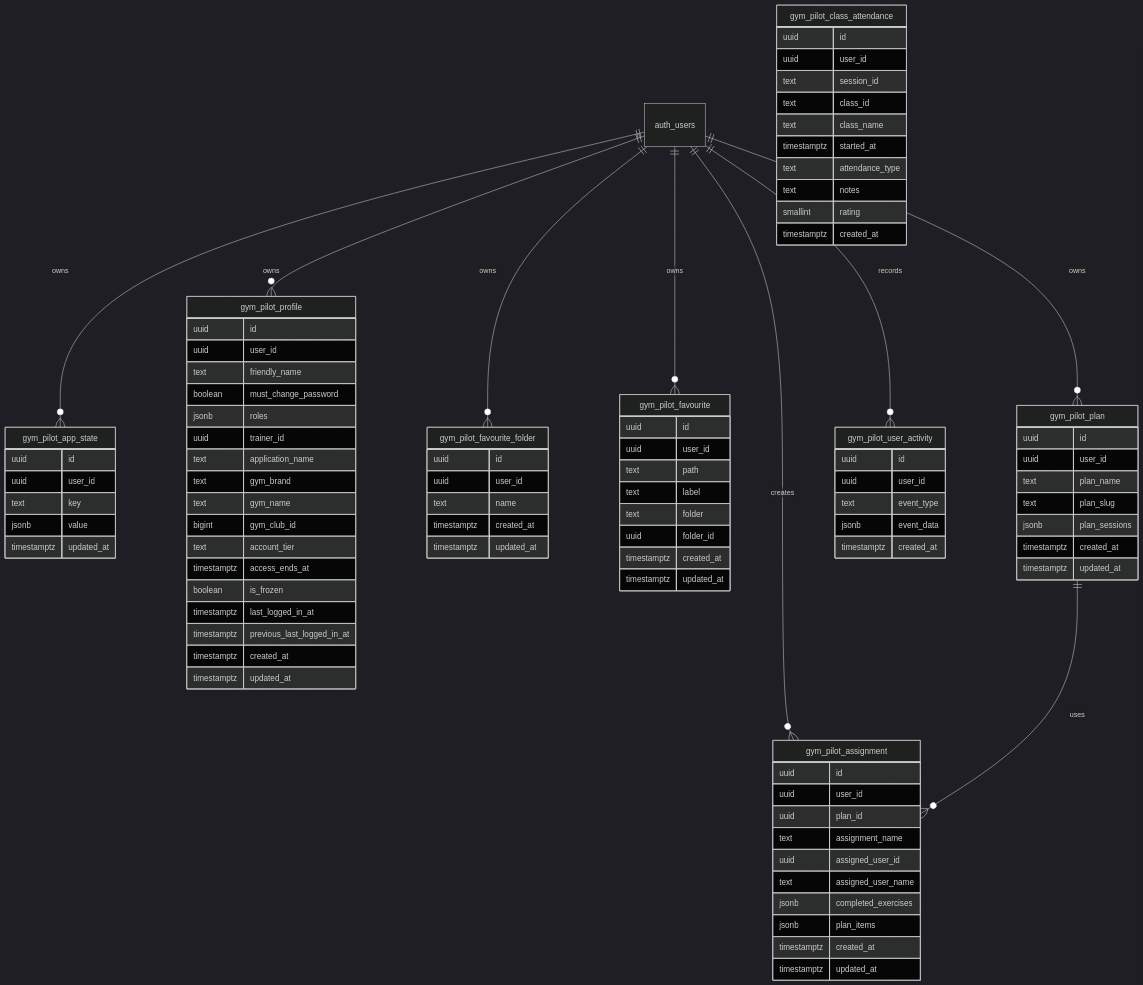
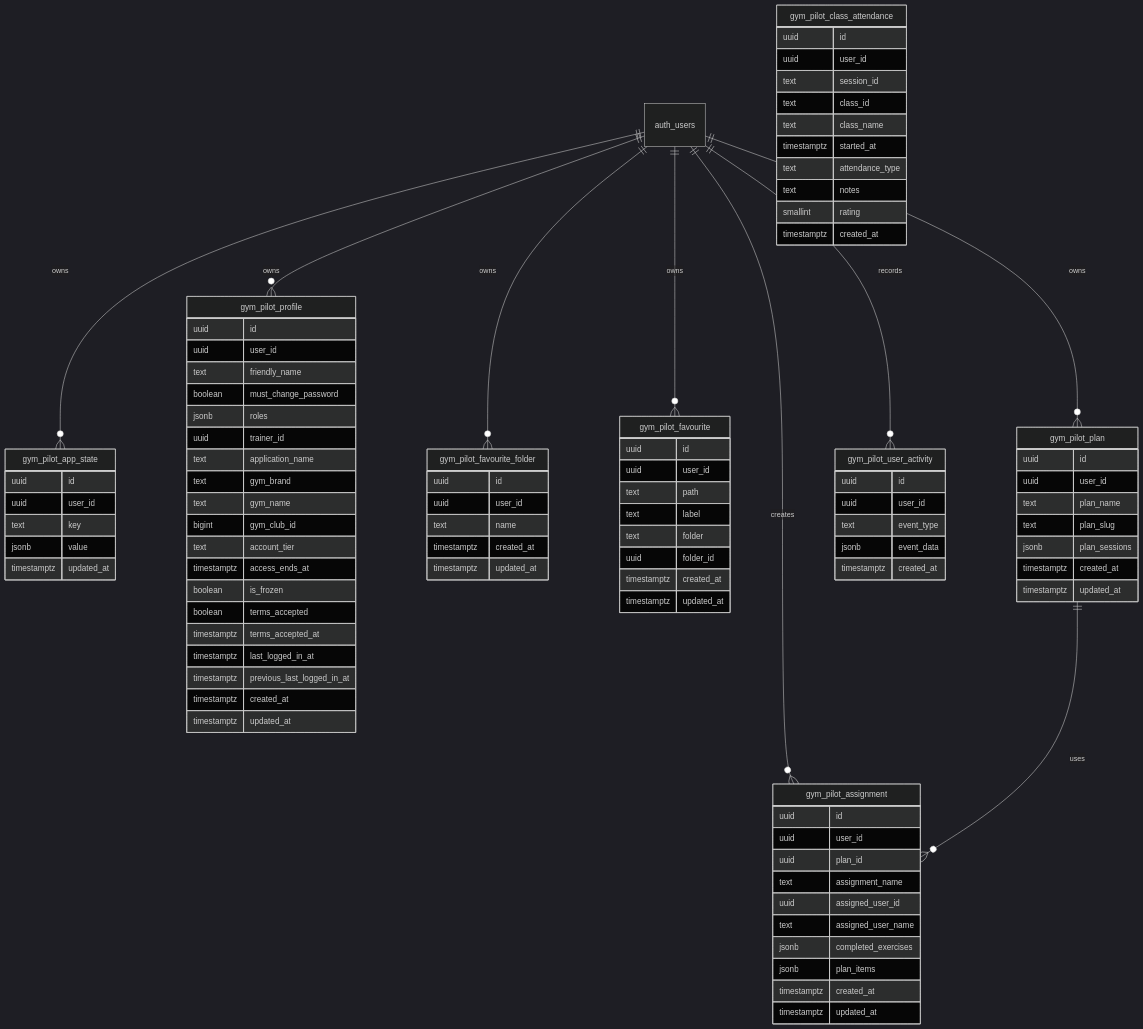
The diagram in docs/data-schema.md (asudbury/gym-pilot), drawn with Mermaid (dark theme) before and after one commit. The commit also changed other lines of this file and 12 other files, not shown here.

```diff
--- a/docs/data-schema.md
+++ b/docs/data-schema.md
@@ -143,6 +145,8 @@
         text account_tier
         timestamptz access_ends_at
         boolean is_frozen
+        boolean terms_accepted
+        timestamptz terms_accepted_at
         timestamptz last_logged_in_at
         timestamptz previous_last_logged_in_at
         timestamptz created_at
```
